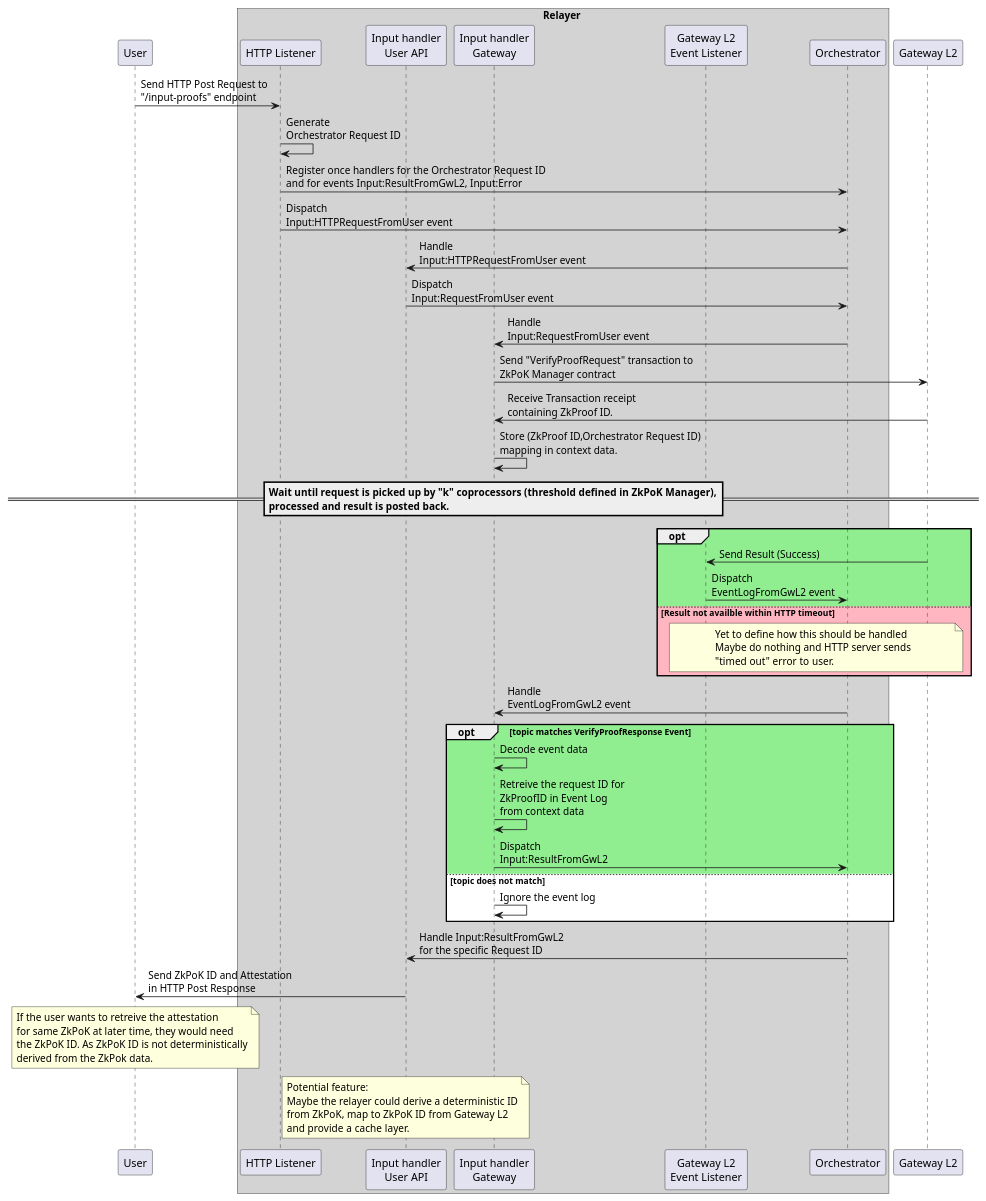
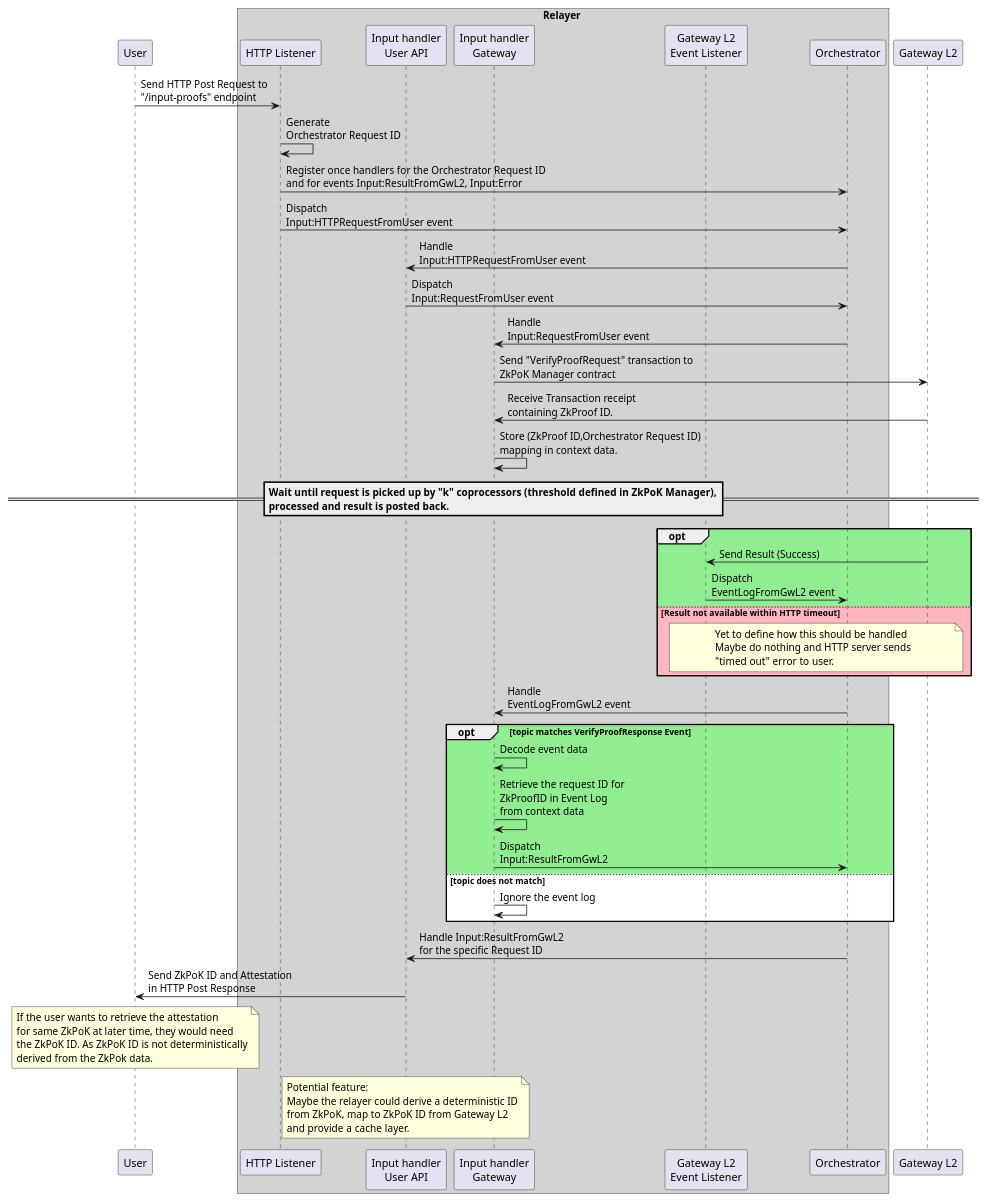
One commit to zama-ai/fhevm changed the diagram in relayer/design-docs/input-flow-inside-relayer.plantuml. Above: the diagram before and after it, drawn with PlantUML. The commit also changed 19 other files, not shown here.

```diff
--- a/relayer/design-docs/input-flow-inside-relayer.plantuml
+++ b/relayer/design-docs/input-flow-inside-relayer.plantuml
@@ -1,57 +1,57 @@
 @startuml Input flow inside relayer
 
 participant User as "User"
 
 box Relayer #LightGray
 participant HTTPListener as "HTTP Listener"
 participant InputHandler_UserApi as "Input handler\nUser API"
 participant InputHandler_Gateway as "Input handler\nGateway"
 participant GatewayL2EventListener as "Gateway L2\nEvent Listener" 
 participant Orchestrator as "Orchestrator"
 end box
 
 participant GatewayL2 as "Gateway L2"
 
 
 User -> HTTPListener: Send HTTP Post Request to\n"/input-proofs" endpoint
 HTTPListener -> HTTPListener: Generate\nOrchestrator Request ID
 HTTPListener -> Orchestrator: Register once handlers for the Orchestrator Request ID\nand for events Input:ResultFromGwL2, Input:Error
 HTTPListener -> Orchestrator: Dispatch\nInput:HTTPRequestFromUser event
 Orchestrator -> InputHandler_UserApi:Handle\nInput:HTTPRequestFromUser event
 InputHandler_UserApi -> Orchestrator: Dispatch\nInput:RequestFromUser event
 
 Orchestrator -> InputHandler_Gateway: Handle\nInput:RequestFromUser event
 InputHandler_Gateway -> GatewayL2: Send "VerifyProofRequest" transaction to\nZkPoK Manager contract
 InputHandler_Gateway <- GatewayL2: Receive Transaction receipt\ncontaining ZkProof ID.
 InputHandler_Gateway -> InputHandler_Gateway: Store (ZkProof ID,Orchestrator Request ID)\nmapping in context data.
 
 == Wait until request is picked up by "k" coprocessors (threshold defined in ZkPoK Manager),\nprocessed and result is posted back. ==
 
 
 opt #LightGreen
 GatewayL2 -> GatewayL2EventListener: Send Result (Success)
 GatewayL2EventListener -> Orchestrator: Dispatch\nEventLogFromGwL2 event
-else #LightPink Result not availble within HTTP timeout
+else #LightPink Result not available within HTTP timeout
 note over GatewayL2, GatewayL2EventListener: Yet to define how this should be handled\nMaybe do nothing and HTTP server sends\n"timed out" error to user.
 
 end
 
 
 Orchestrator -> InputHandler_Gateway: Handle\nEventLogFromGwL2 event
 
 opt #LightGreen topic matches VerifyProofResponse Event 
 InputHandler_Gateway -> InputHandler_Gateway: Decode event data 
-InputHandler_Gateway -> InputHandler_Gateway: Retreive the request ID for\nZkProofID in Event Log\nfrom context data
+InputHandler_Gateway -> InputHandler_Gateway: Retrieve the request ID for\nZkProofID in Event Log\nfrom context data
 InputHandler_Gateway -> Orchestrator: Dispatch\nInput:ResultFromGwL2
 else #White topic does not match
 InputHandler_Gateway -> InputHandler_Gateway: Ignore the event log
 end
 
 Orchestrator -> InputHandler_UserApi: Handle Input:ResultFromGwL2\nfor the specific Request ID
 InputHandler_UserApi -> User: Send ZkPoK ID and Attestation\nin HTTP Post Response
 
-note over User: If the user wants to retreive the attestation\nfor same ZkPoK at later time, they would need\nthe ZkPoK ID. As ZkPoK ID is not deterministically\nderived from the ZkPok data.
+note over User: If the user wants to retrieve the attestation\nfor same ZkPoK at later time, they would need\nthe ZkPoK ID. As ZkPoK ID is not deterministically\nderived from the ZkPok data.
 
 note over InputHandler_UserApi: Potential feature:\nMaybe the relayer could derive a deterministic ID\nfrom ZkPoK, map to ZkPoK ID from Gateway L2\nand provide a cache layer.
 
 @enduml
```
